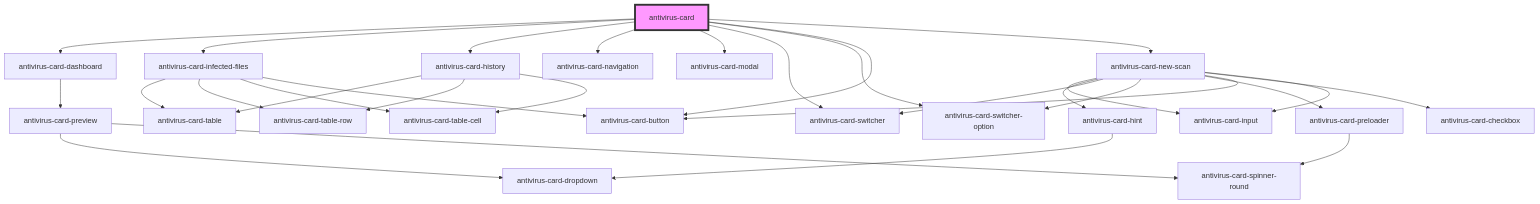
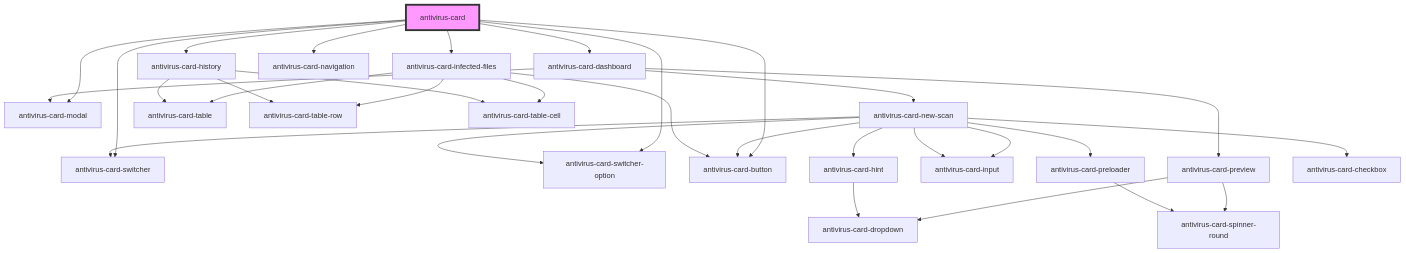
The diagram in client/packages/antivirus-card/src/components/readme.md (ispsystem/plugin-imunify), drawn with Mermaid before and after one commit. The commit also changed other lines of this file and 21 other files, not shown here.

Commit message:
wip(antivirus-card): 🚧 actions dont work :-(

````diff
--- a/client/packages/antivirus-card/src/components/readme.md
+++ b/client/packages/antivirus-card/src/components/readme.md
@@ -42,33 +31,34 @@
 ```mermaid
 graph TD;
   antivirus-card --> antivirus-card-dashboard
   antivirus-card --> antivirus-card-infected-files
   antivirus-card --> antivirus-card-history
   antivirus-card --> antivirus-card-navigation
   antivirus-card --> antivirus-card-modal
   antivirus-card --> antivirus-card-switcher
   antivirus-card --> antivirus-card-switcher-option
   antivirus-card --> antivirus-card-button
-  antivirus-card --> antivirus-card-new-scan
   antivirus-card-dashboard --> antivirus-card-preview
+  antivirus-card-dashboard --> antivirus-card-modal
+  antivirus-card-dashboard --> antivirus-card-new-scan
   antivirus-card-preview --> antivirus-card-dropdown
   antivirus-card-preview --> antivirus-card-spinner-round
-  antivirus-card-infected-files --> antivirus-card-table
-  antivirus-card-infected-files --> antivirus-card-table-row
-  antivirus-card-infected-files --> antivirus-card-table-cell
-  antivirus-card-infected-files --> antivirus-card-button
-  antivirus-card-history --> antivirus-card-table
-  antivirus-card-history --> antivirus-card-table-row
-  antivirus-card-history --> antivirus-card-table-cell
   antivirus-card-new-scan --> antivirus-card-input
   antivirus-card-new-scan --> antivirus-card-hint
   antivirus-card-new-scan --> antivirus-card-switcher
   antivirus-card-new-scan --> antivirus-card-switcher-option
   antivirus-card-new-scan --> antivirus-card-preloader
   antivirus-card-new-scan --> antivirus-card-button
   antivirus-card-new-scan --> antivirus-card-checkbox
   antivirus-card-new-scan --> antivirus-card-input
   antivirus-card-hint --> antivirus-card-dropdown
   antivirus-card-preloader --> antivirus-card-spinner-round
+  antivirus-card-infected-files --> antivirus-card-table
+  antivirus-card-infected-files --> antivirus-card-table-row
+  antivirus-card-infected-files --> antivirus-card-table-cell
+  antivirus-card-infected-files --> antivirus-card-button
+  antivirus-card-history --> antivirus-card-table
+  antivirus-card-history --> antivirus-card-table-row
+  antivirus-card-history --> antivirus-card-table-cell
   style antivirus-card fill:#f9f,stroke:#333,stroke-width:4px
 ```
````
